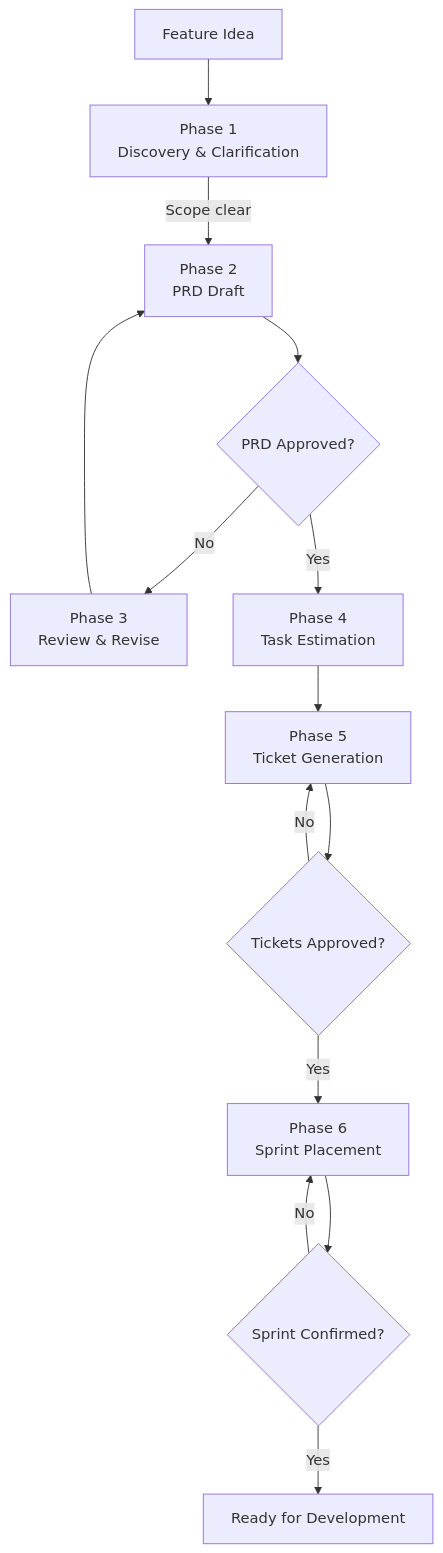
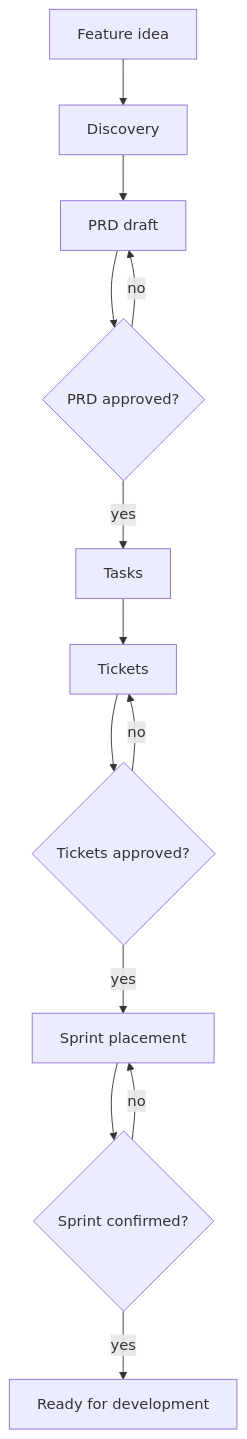
Before and after one commit to igmarin/agnostic-planning-skills: the first of 4 diagrams in docs/persona-guide.md, drawn with Mermaid. The commit also changed other lines of this file and 34 other files, not shown here.

````diff
--- a/docs/persona-guide.md
+++ b/docs/persona-guide.md
@@ -13,16 +14,15 @@
 ```mermaid
 graph TD
-    A[Feature Idea] --> B["Phase 1<br/>Discovery & Clarification"]
-    B -->|Scope clear| C["Phase 2<br/>PRD Draft"]
-    C --> D{"PRD Approved?"}
-    D -->|No| E["Phase 3<br/>Review & Revise"]
-    E --> C
-    D -->|Yes| F["Phase 4<br/>Task Estimation"]
-    F --> G["Phase 5<br/>Ticket Generation"]
-    G --> H{"Tickets Approved?"}
-    H -->|No| G
-    H -->|Yes| I["Phase 6<br/>Sprint Placement"]
-    I --> J{"Sprint Confirmed?"}
-    J -->|No| I
-    J -->|Yes| K[Ready for Development]
+    A[Feature idea] --> B[Discovery]
+    B --> C[PRD draft]
+    C --> D{PRD approved?}
+    D -->|no| C
+    D -->|yes| E[Tasks]
+    E --> F[Tickets]
+    F --> G{Tickets approved?}
+    G -->|no| F
+    G -->|yes| H[Sprint placement]
+    H --> I{Sprint confirmed?}
+    I -->|no| H
+    I -->|yes| J[Ready for development]
 ```
````
